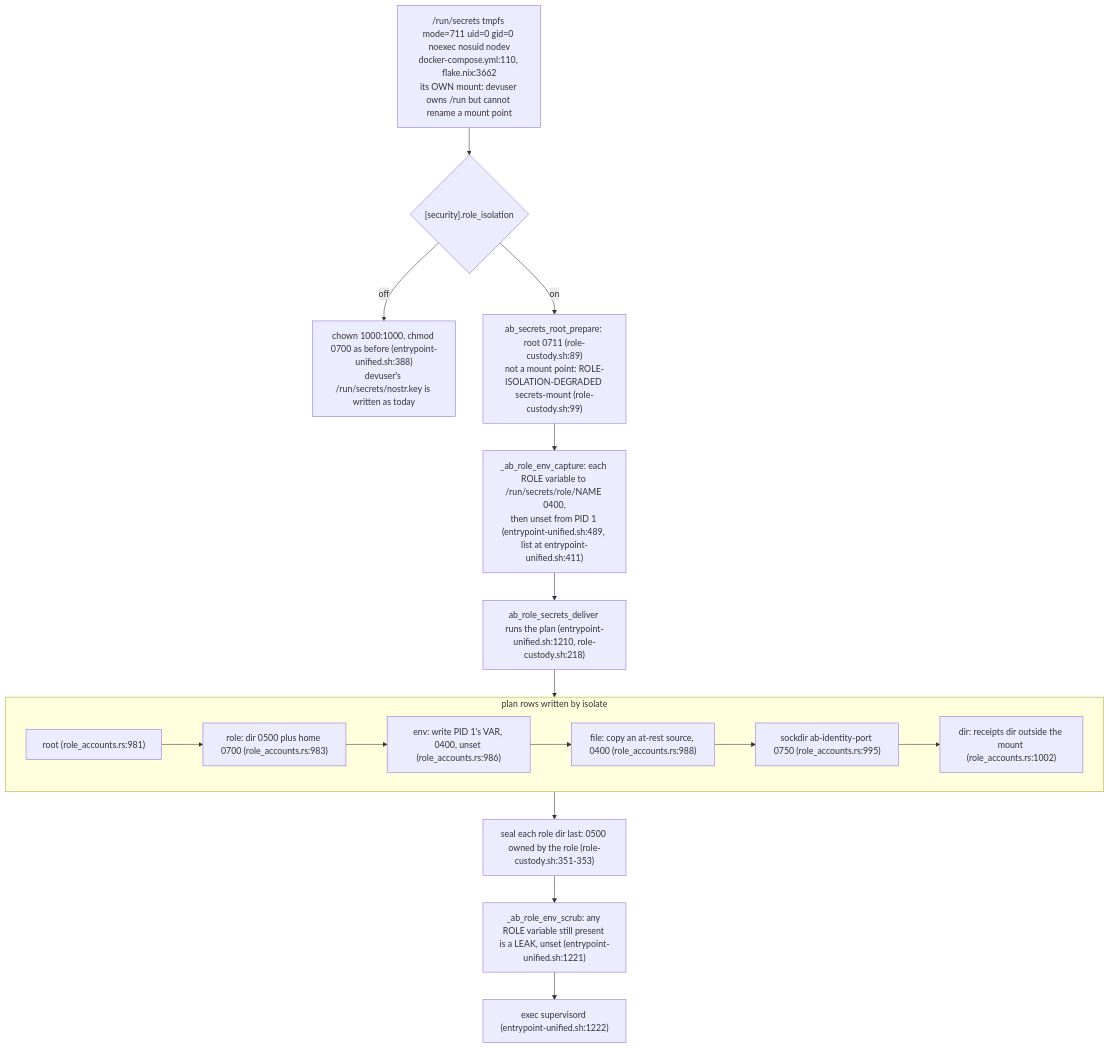
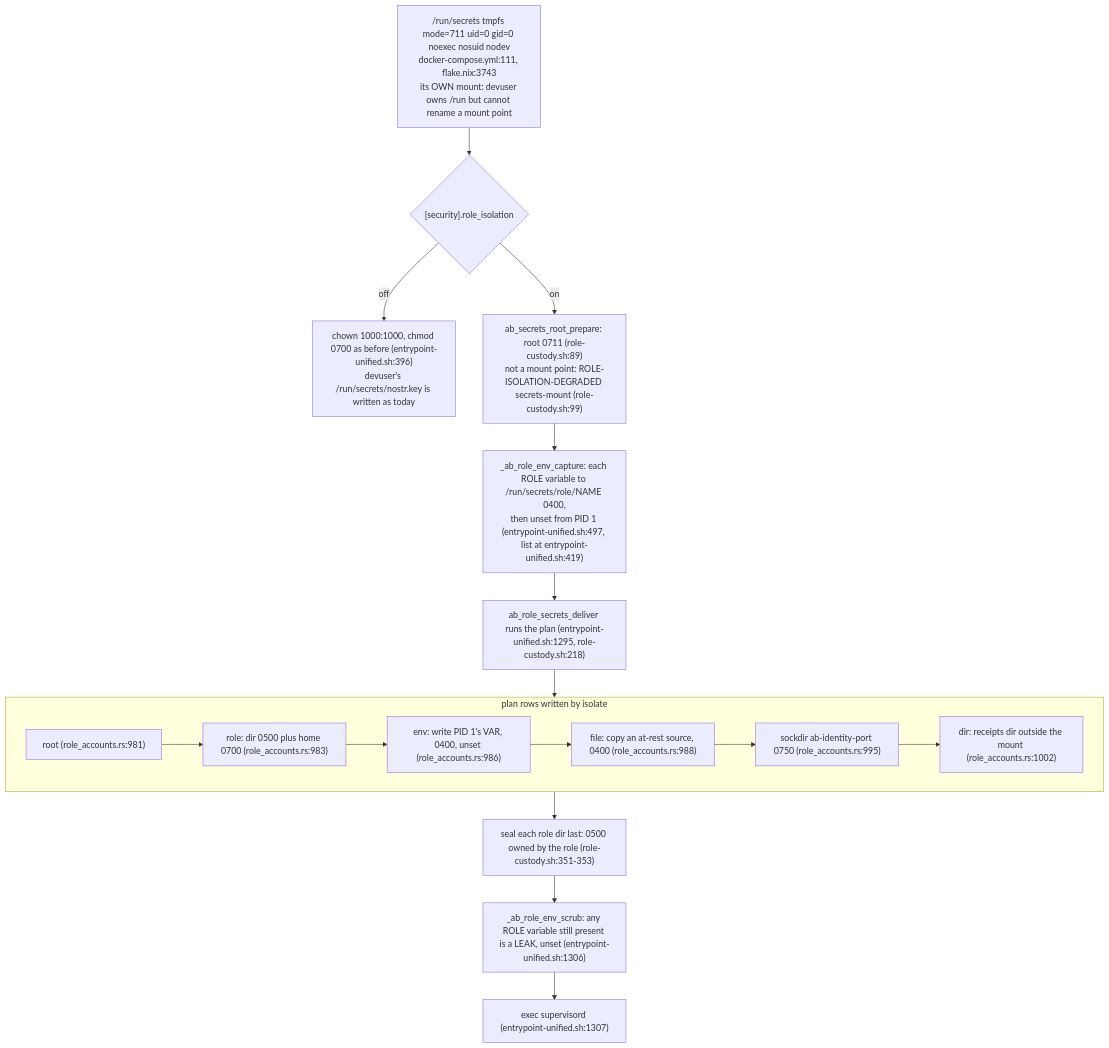
One commit to DreamLab-AI/VisionFlow changed the third of 7 diagrams in docs/diagrams/agentbox/36-role-isolation-and-identity-port.md. Above: the diagram before and after it, drawn with Mermaid. The commit also changed other lines of this file and 160 other files, not shown here.

````diff
--- a/docs/diagrams/agentbox/36-role-isolation-and-identity-port.md
+++ b/docs/diagrams/agentbox/36-role-isolation-and-identity-port.md
@@ -118,22 +120,22 @@
 ```mermaid
 flowchart TB
-    MNT["/run/secrets tmpfs mode=711 uid=0 gid=0 noexec nosuid nodev<br/>docker-compose.yml:110, flake.nix:3662<br/>its OWN mount: devuser owns /run but cannot rename a mount point"]
+    MNT["/run/secrets tmpfs mode=711 uid=0 gid=0 noexec nosuid nodev<br/>docker-compose.yml:111, flake.nix:3743<br/>its OWN mount: devuser owns /run but cannot rename a mount point"]
     MNT --> MODE{"[security].role_isolation"}
-    MODE -->|"off"| OFF["chown 1000:1000, chmod 0700 as before (entrypoint-unified.sh:388)<br/>devuser's /run/secrets/nostr.key is written as today"]
+    MODE -->|"off"| OFF["chown 1000:1000, chmod 0700 as before (entrypoint-unified.sh:396)<br/>devuser's /run/secrets/nostr.key is written as today"]
     MODE -->|"on"| PREP["ab_secrets_root_prepare: root 0711 (role-custody.sh:89)<br/>not a mount point: ROLE-ISOLATION-DEGRADED secrets-mount (role-custody.sh:99)"]
-    PREP --> CAP["_ab_role_env_capture: each ROLE variable to /run/secrets/role/NAME 0400,<br/>then unset from PID 1 (entrypoint-unified.sh:489, list at entrypoint-unified.sh:411)"]
-    CAP --> DEL["ab_role_secrets_deliver runs the plan (entrypoint-unified.sh:1210, role-custody.sh:218)"]
+    PREP --> CAP["_ab_role_env_capture: each ROLE variable to /run/secrets/role/NAME 0400,<br/>then unset from PID 1 (entrypoint-unified.sh:497, list at entrypoint-unified.sh:419)"]
+    CAP --> DEL["ab_role_secrets_deliver runs the plan (entrypoint-unified.sh:1295, role-custody.sh:218)"]
     subgraph PLAN["plan rows written by isolate"]
         P1["root (role_accounts.rs:981)"]
         P2["role: dir 0500 plus home 0700 (role_accounts.rs:983)"]
         P3["env: write PID 1's VAR, 0400, unset (role_accounts.rs:986)"]
         P4["file: copy an at-rest source, 0400 (role_accounts.rs:988)"]
         P5["sockdir ab-identity-port 0750 (role_accounts.rs:995)"]
         P6["dir: receipts dir outside the mount (role_accounts.rs:1002)"]
         P1 --> P2 --> P3 --> P4 --> P5 --> P6
     end
     DEL --> PLAN
     PLAN --> SEAL["seal each role dir last: 0500 owned by the role (role-custody.sh:351-353)"]
-    SEAL --> SCRUB["_ab_role_env_scrub: any ROLE variable still present is a LEAK, unset (entrypoint-unified.sh:1221)"]
-    SCRUB --> X["exec supervisord (entrypoint-unified.sh:1222)"]
+    SEAL --> SCRUB["_ab_role_env_scrub: any ROLE variable still present is a LEAK, unset (entrypoint-unified.sh:1306)"]
+    SCRUB --> X["exec supervisord (entrypoint-unified.sh:1307)"]
 ```
````
